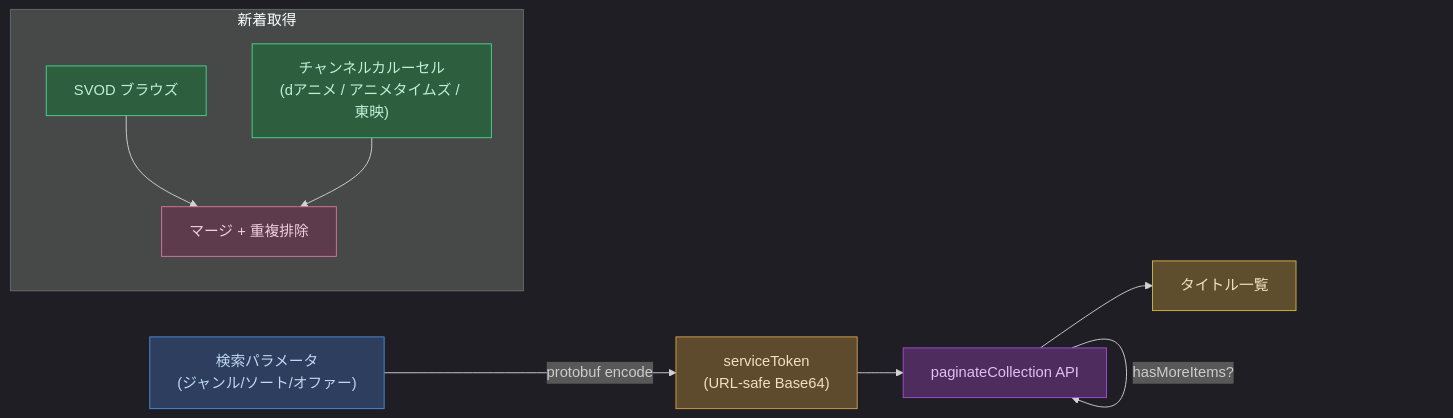
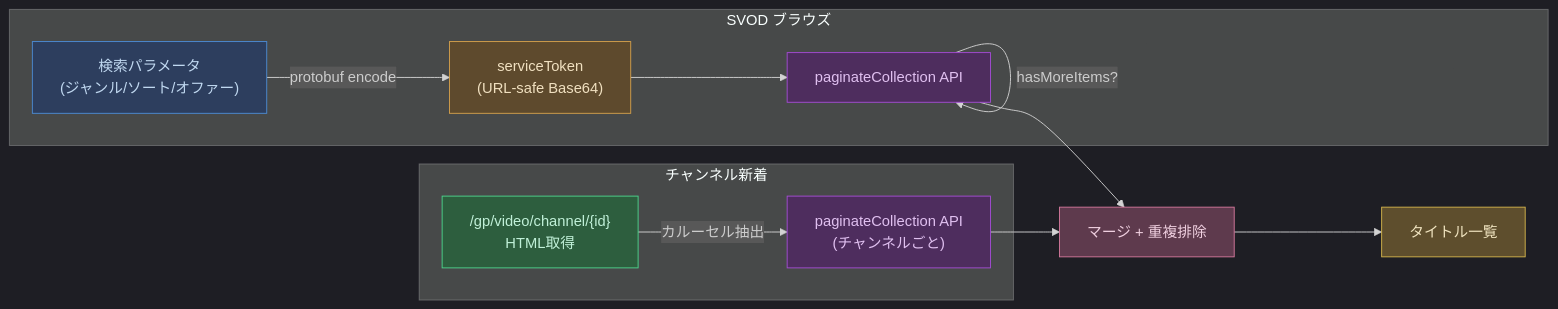
Before and after one commit to tkgstrator/anime-tracker: the second of 5 diagrams in README.ja.md, drawn with Mermaid. The commit also changed other lines of this file, not shown here.

````diff
--- a/README.ja.md
+++ b/README.ja.md
@@ -130,21 +132,25 @@
 ```mermaid
 %%{init: {'theme': 'dark'}}%%
 graph LR
-    Params["検索パラメータ<br/>(ジャンル/ソート/オファー)"] -->|protobuf encode| Token["serviceToken<br/>(URL-safe Base64)"]
-    Token --> Paginate["paginateCollection API"]
-    Paginate -->|"hasMoreItems?"| Paginate
-    Paginate --> Titles["タイトル一覧"]
+    subgraph SVOD ["SVOD ブラウズ"]
+        Params["検索パラメータ<br/>(ジャンル/ソート/オファー)"] -->|protobuf encode| Token["serviceToken<br/>(URL-safe Base64)"]
+        Token --> Paginate["paginateCollection API"]
+        Paginate -->|"hasMoreItems?"| Paginate
+    end
 
-    subgraph 新着取得
-        SVOD["SVOD ブラウズ"] --> Union["マージ + 重複排除"]
-        Channels["チャンネルカルーセル<br/>(dアニメ / アニメタイムズ / 東映)"] --> Union
+    subgraph Channels ["チャンネル新着"]
+        ChPage["/gp/video/channel/{id}<br/>HTML取得"] -->|"カルーセル抽出"| ChPag["paginateCollection API<br/>(チャンネルごと)"]
     end
+
+    Paginate --> Merge["マージ + 重複排除"]
+    ChPag --> Merge
+    Merge --> Titles["タイトル一覧"]
 
     style Params fill:#2d3e5e,stroke:#4c8cd4,color:#c0d8f0
     style Token fill:#5e4a2d,stroke:#d4a04c,color:#f0e0c0
+    style Paginate fill:#4e2d5e,stroke:#a44cd4,color:#e0c0f0
+    style ChPage fill:#2d5e3e,stroke:#4cd48c,color:#c0f0d8
+    style ChPag fill:#4e2d5e,stroke:#a44cd4,color:#e0c0f0
+    style Merge fill:#5e3a4d,stroke:#d4789c,color:#f0d0e0
     style Titles fill:#5e4e2d,stroke:#d4b44c,color:#f0e4c0
-    style Paginate fill:#4e2d5e,stroke:#a44cd4,color:#e0c0f0
-    style SVOD fill:#2d5e3e,stroke:#4cd48c,color:#c0f0d8
-    style Channels fill:#2d5e3e,stroke:#4cd48c,color:#c0f0d8
-    style Union fill:#5e3a4d,stroke:#d4789c,color:#f0d0e0
 ```
````
